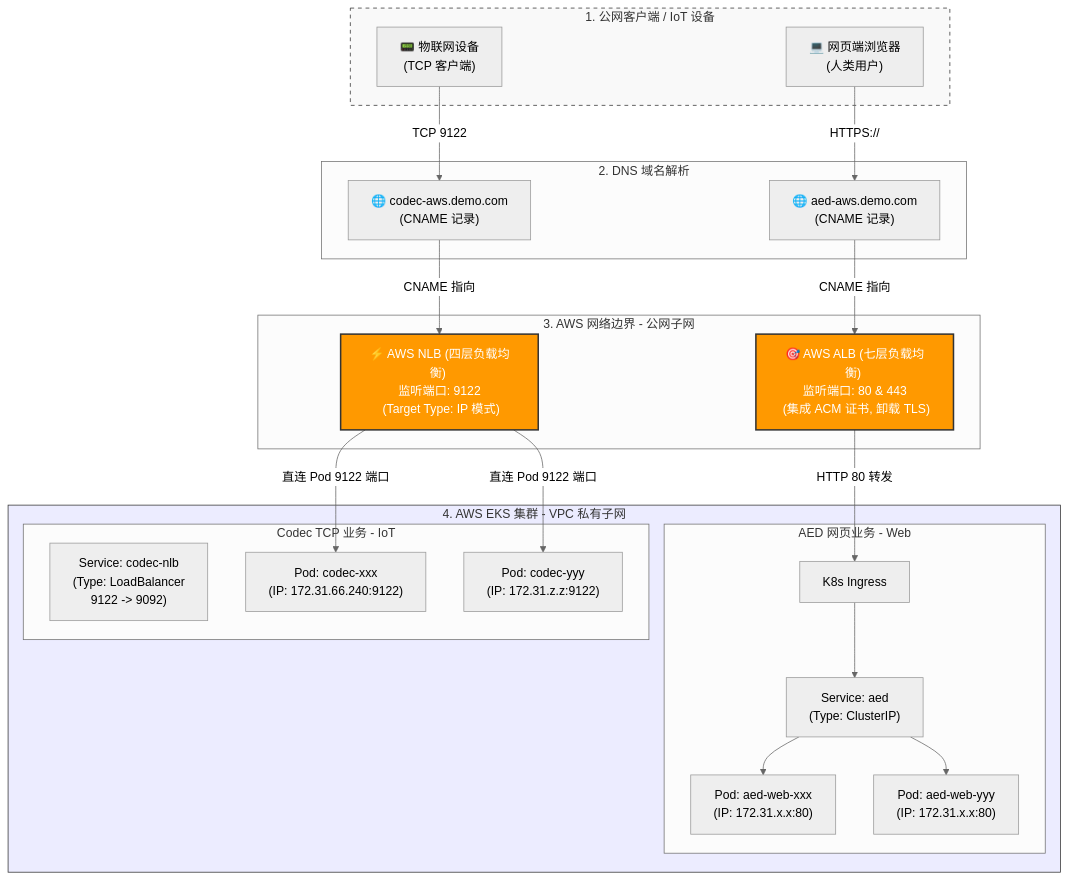
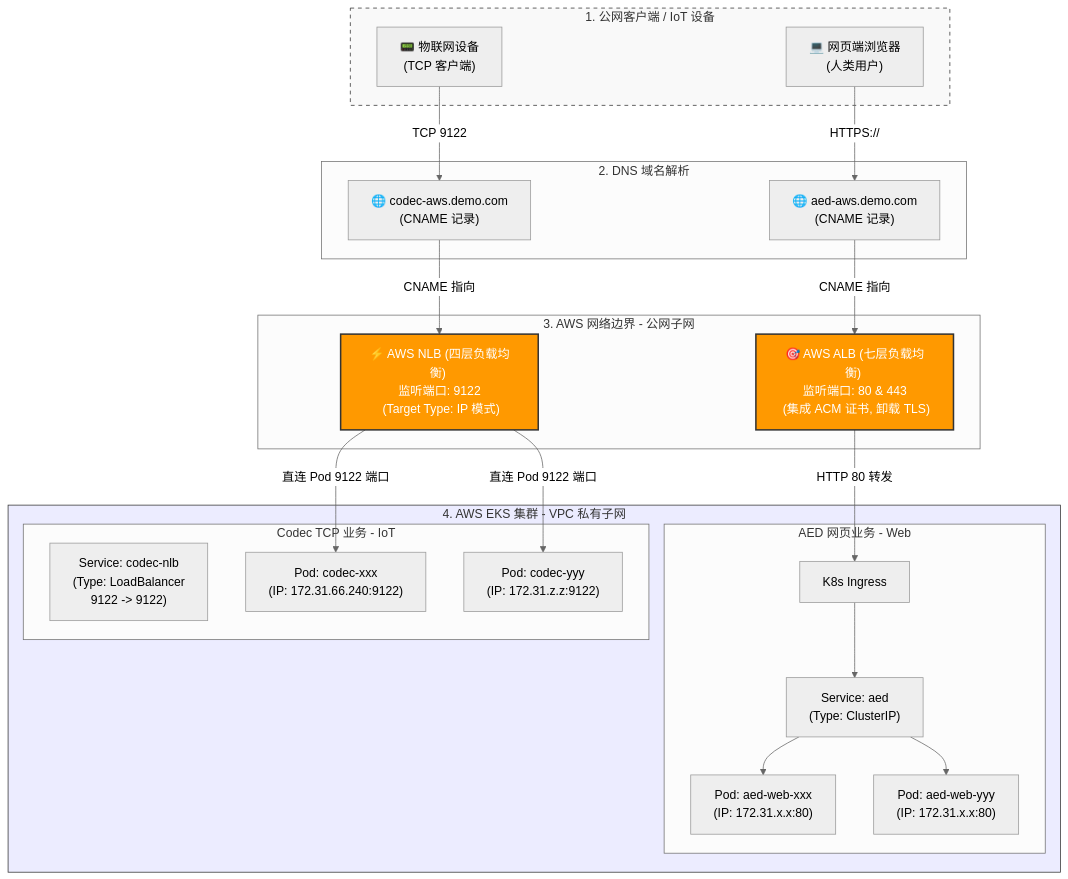
The diagram in doc/blog/202607-AWS实战.md (zongkx/zongkx.github.io), drawn with Mermaid (neutral theme) before and after one commit. The commit also changed other lines of this file and 2 other files, not shown here.

````diff
--- a/doc/blog/202607-AWS实战.md
+++ b/doc/blog/202607-AWS实战.md
@@ -89,55 +89,55 @@
 ```mermaid
 graph TD
     subgraph Public_Internet [1. 公网客户端 / IoT 设备]
         Browser["💻 网页端浏览器 <br/> (人类用户)"]
         Device["📟 物联网设备 <br/> (TCP 客户端)"]
     end
 
     subgraph DNS_Layer [2. DNS 域名解析]
         aed_DNS["🌐 aed-aws.demo.com <br/> (CNAME 记录)"]
         codec_DNS["🌐 codec-aws.demo.com <br/> (CNAME 记录)"]
     end
 
     subgraph AWS_Cloud [3. AWS 网络边界 - 公网子网]
         ALB["🎯 AWS ALB (七层负载均衡) <br/> 监听端口: 80 & 443 <br/> (集成 ACM 证书, 卸载 TLS)"]
         NLB["⚡ AWS NLB (四层负载均衡) <br/> 监听端口: 9122 <br/> (Target Type: IP 模式)"]
     end
 
     subgraph EKS_Cluster [4. AWS EKS 集群 - VPC 私有子网]
         subgraph K8s_aed [AED 网页业务 - Web]
             aed_Ingress["K8s Ingress"]
             aed_Service["Service: aed <br/> (Type: ClusterIP)"]
             aed_Pod1["Pod: aed-web-xxx <br/> (IP: 172.31.x.x:80)"]
             aed_Pod2["Pod: aed-web-yyy <br/> (IP: 172.31.x.x:80)"]
         end
 
         subgraph K8s_codec [Codec TCP 业务 - IoT]
-            codec_Service["Service: codec-nlb <br/> (Type: LoadBalancer <br/> 9122 -> 9092)"]
+            codec_Service["Service: codec-nlb <br/> (Type: LoadBalancer <br/> 9122 -> 9122)"]
             codec_Pod1["Pod: codec-xxx <br/> (IP: 172.31.66.240:9122)"]
             codec_Pod2["Pod: codec-yyy <br/> (IP: 172.31.z.z:9122)"]
         end
     end
 
     %% 流量路由关系连线
     Browser -->|HTTPS://| aed_DNS
     Device -->|TCP 9122| codec_DNS
 
     aed_DNS -->|CNAME 指向| ALB
     codec_DNS -->|CNAME 指向| NLB
 
     %% ALB 流量链路
     ALB -->|HTTP 80 转发| aed_Ingress
     aed_Ingress --> aed_Service
     aed_Service --> aed_Pod1
     aed_Service --> aed_Pod2
 
     %% NLB 流量链路 (IP直连模式，绕过 Kube-Proxy)
     NLB -->|直连 Pod 9122 端口| codec_Pod1
     NLB -->|直连 Pod 9122 端口| codec_Pod2
 
     %% 样式美化
     style ALB fill:#FF9900,stroke:#333,stroke-width:2px,color:#fff
     style NLB fill:#FF9900,stroke:#333,stroke-width:2px,color:#fff
     style EKS_Cluster fill:#ececff,stroke:#333,stroke-width:1px
     style Public_Internet fill:#f9f9f9,stroke:#333,stroke-dasharray: 5 5
 ```
````
